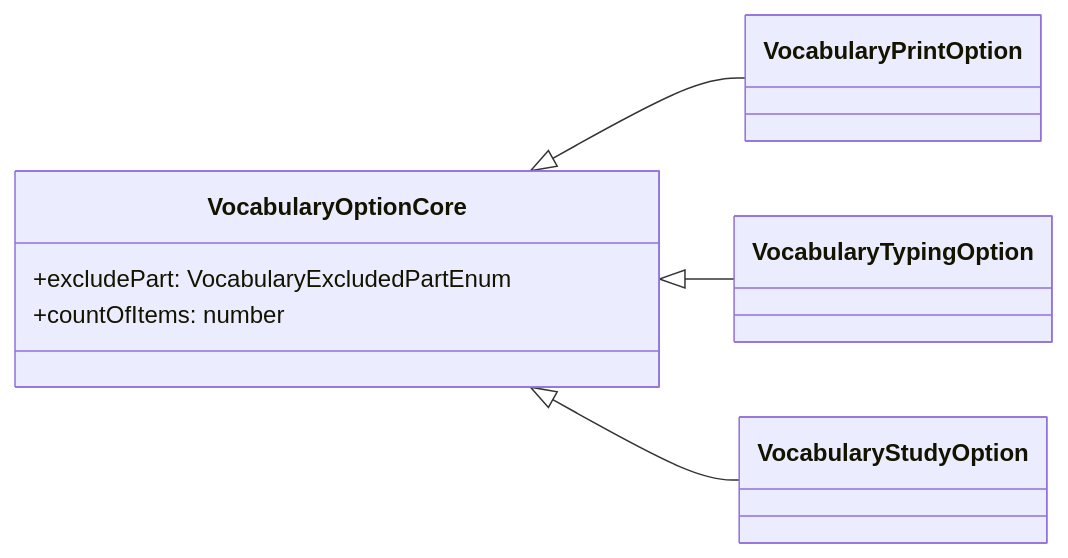
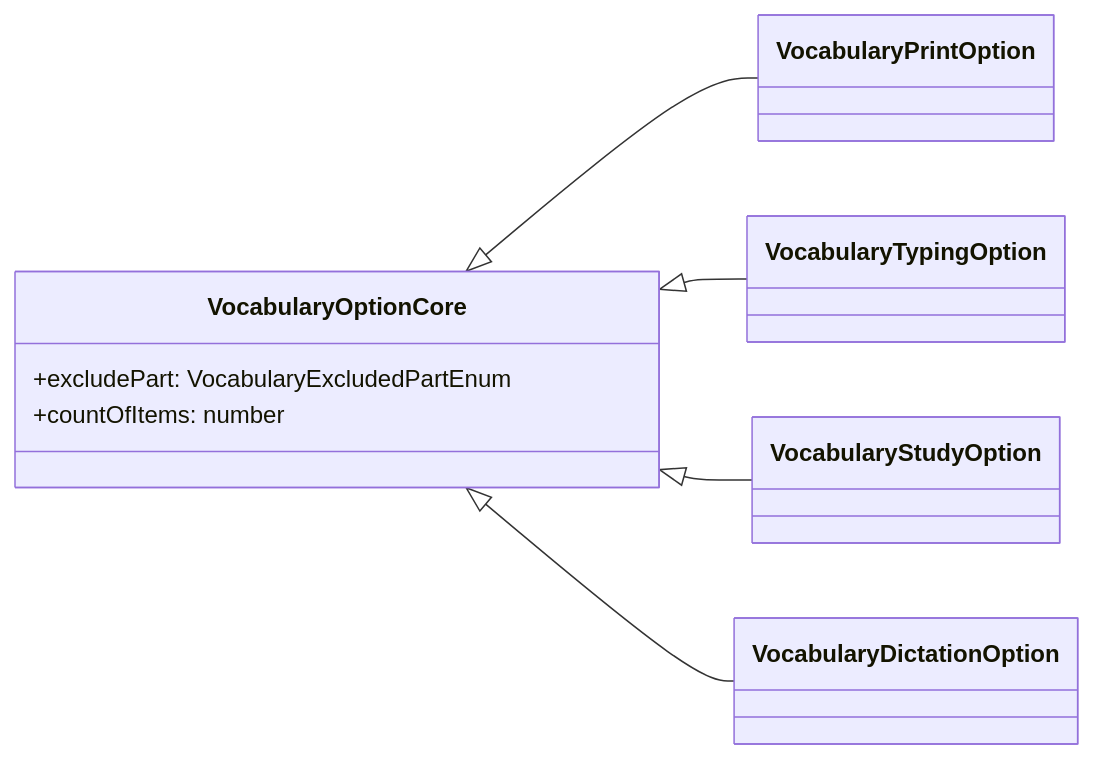
Before and after one commit to alvachien/knowledgebuilder: the fourth of 5 diagrams in docs/data-models.md, drawn with Mermaid. The commit also changed 23 other files, not shown here.

First line of the commit message:
feat: add vocabulary dictation mode and harden OIDC auth flow

````diff
--- a/docs/data-models.md
+++ b/docs/data-models.md
@@ -171,14 +171,16 @@
 ```mermaid
 classDiagram
   direction LR
   class VocabularyOptionCore {
     +excludePart: VocabularyExcludedPartEnum
     +countOfItems: number
   }
   class VocabularyPrintOption
   class VocabularyTypingOption
   class VocabularyStudyOption
+  class VocabularyDictationOption
   VocabularyOptionCore <|-- VocabularyPrintOption
   VocabularyOptionCore <|-- VocabularyTypingOption
   VocabularyOptionCore <|-- VocabularyStudyOption
+  VocabularyOptionCore <|-- VocabularyDictationOption
 ```
````
